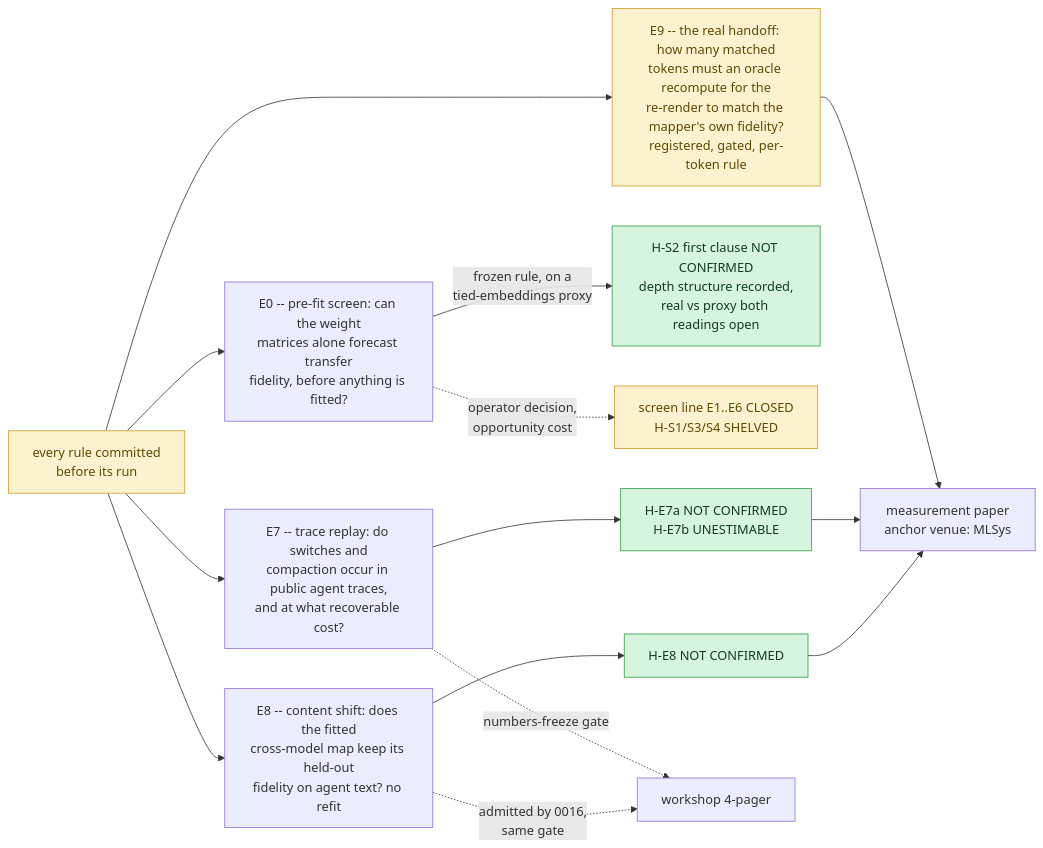
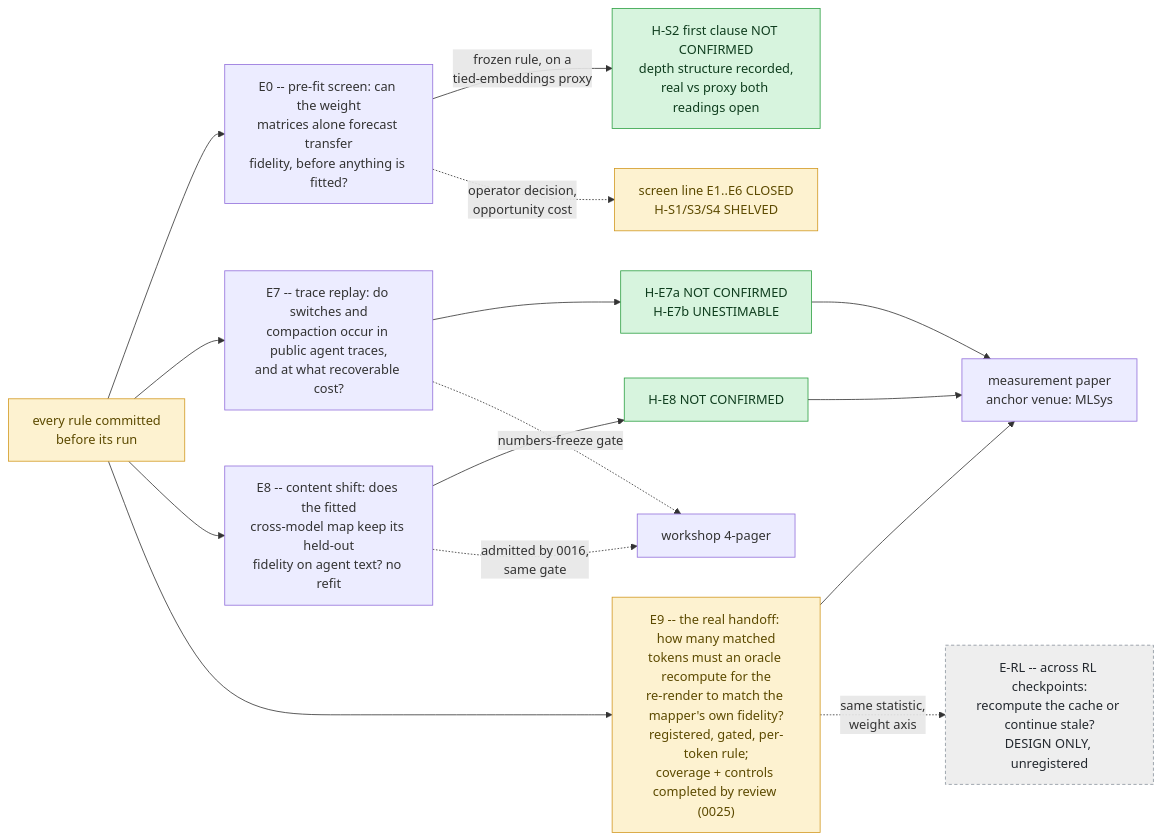
One commit to hossainpazooki/linear-ceiling changed the first of 7 diagrams in README.md. Above: the diagram before and after it, drawn with Mermaid. The commit also changed other lines of this file and 2 other files, not shown here.

Commit message:
docs: README and visuals for 0025 and the E-RL design line; drafts README cleared

````diff
--- a/README.md
+++ b/README.md
@@ -19,20 +24,23 @@
 ```mermaid
 flowchart LR
     RULE[every rule committed<br/>before its run] --> E0
     RULE --> E7
     RULE --> E8
     RULE --> E9
     E0["E0 -- pre-fit screen: can the weight<br/>matrices alone forecast transfer<br/>fidelity, before anything is fitted?"] -->|frozen rule, on a<br/>tied-embeddings proxy| VS[H-S2 first clause NOT CONFIRMED<br/>depth structure recorded,<br/>real vs proxy both readings open]
     E0 -.->|operator decision,<br/>opportunity cost| CLOSED[screen line E1..E6 CLOSED<br/>H-S1/S3/S4 SHELVED]
     E7["E7 -- trace replay: do switches and<br/>compaction occur in public agent traces,<br/>and at what recoverable cost?"] --> V7[H-E7a NOT CONFIRMED<br/>H-E7b UNESTIMABLE]
     E8["E8 -- content shift: does the fitted<br/>cross-model map keep its held-out<br/>fidelity on agent text? no refit"] --> V8[H-E8 NOT CONFIRMED]
-    E9["E9 -- the real handoff: how many matched<br/>tokens must an oracle recompute for the<br/>re-render to match the mapper's own fidelity?<br/>registered, gated, per-token rule"] --> ANCHOR
+    E9["E9 -- the real handoff: how many matched<br/>tokens must an oracle recompute for the<br/>re-render to match the mapper's own fidelity?<br/>registered, gated, per-token rule;<br/>coverage + controls completed by review (0025)"] --> ANCHOR
+    E9 -.->|same statistic,<br/>weight axis| ERL["E-RL -- across RL checkpoints:<br/>recompute the cache or continue stale?<br/>DESIGN ONLY, unregistered"]
     V7 --> ANCHOR[measurement paper<br/>anchor venue: MLSys]
     V8 --> ANCHOR
     E7 -.->|numbers-freeze gate| WS[workshop 4-pager]
     E8 -.->|admitted by 0016,<br/>same gate| WS
     classDef rule fill:#fdf2d0,stroke:#d29922,color:#5c4a00;
     classDef verdict fill:#d7f4de,stroke:#2ea043,color:#0f3d1e;
+    classDef design fill:#eeeeee,stroke:#8b949e,color:#24292f,stroke-dasharray:4 3;
     class RULE,CLOSED,E9 rule;
     class VS,V7,V8 verdict;
+    class ERL design;
 ```
````
